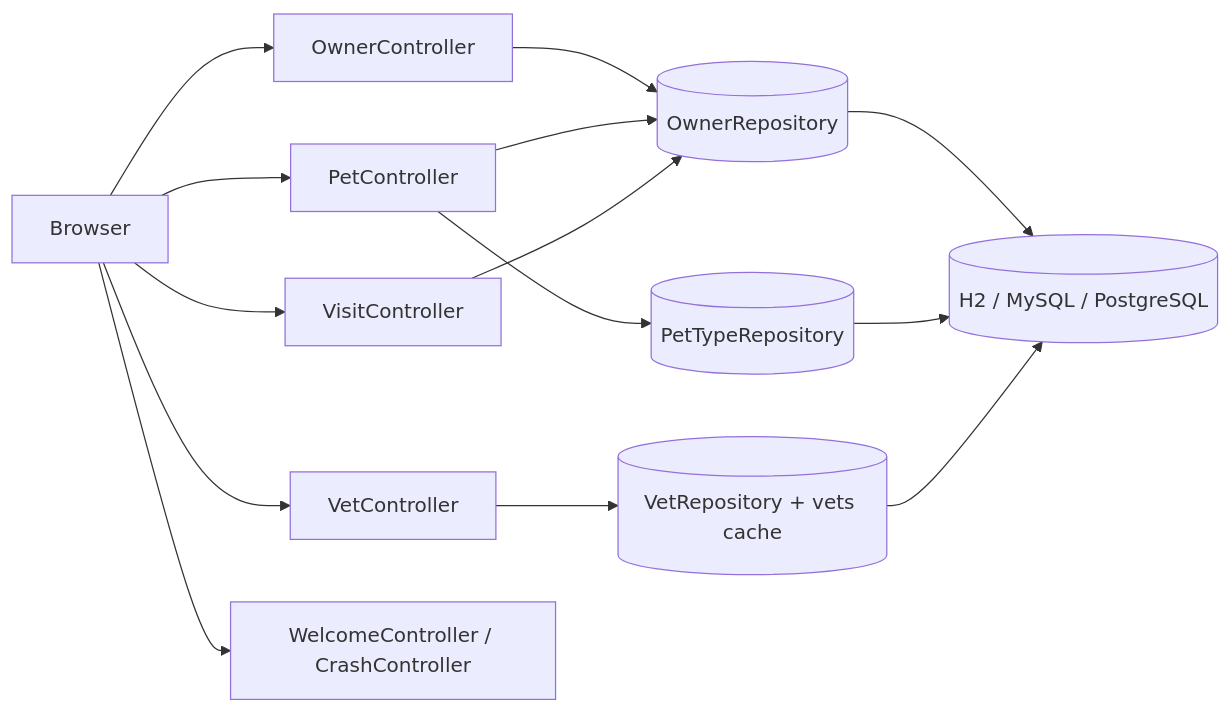
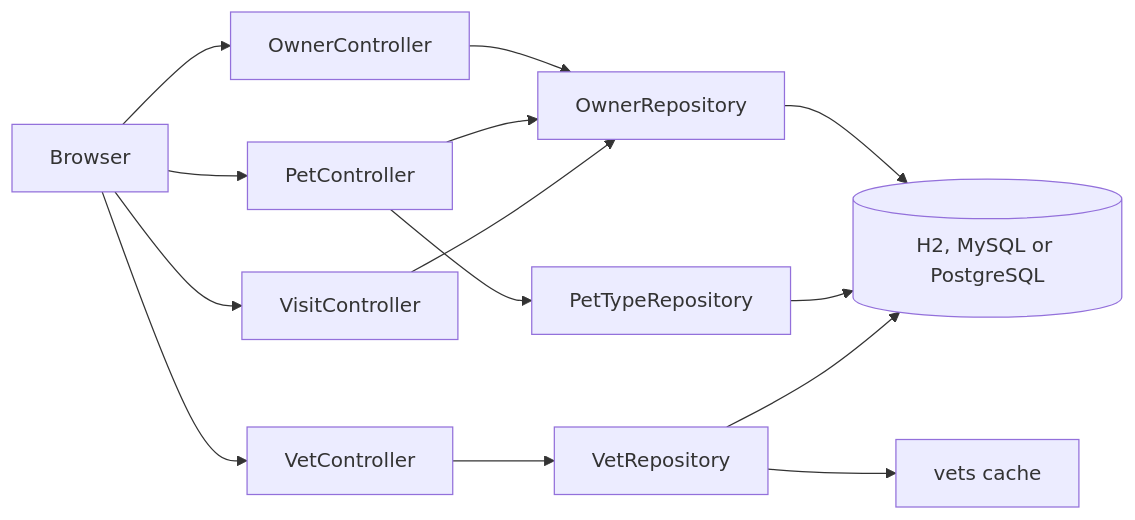
The first of 4 diagrams in examples/current/spring-petclinic/application-documentation.md (HeWhoRoams/AppDoc), drawn with Mermaid before and after one commit. The commit also changed other lines of this file and 64 other files, not shown here.

````diff
--- a/examples/current/spring-petclinic/application-documentation.md
+++ b/examples/current/spring-petclinic/application-documentation.md
@@ -65,16 +73,16 @@
 ```mermaid
 flowchart LR
-  Browser --> OC[OwnerController]
-  Browser --> PC[PetController]
-  Browser --> VC[VisitController]
-  Browser --> VeC[VetController]
-  Browser --> WC[WelcomeController / CrashController]
-  OC --> OR[(OwnerRepository)]
-  PC --> OR
-  PC --> TR[(PetTypeRepository)]
-  VC --> OR
-  VeC --> VR[(VetRepository + vets cache)]
-  OR --> DB[(H2 / MySQL / PostgreSQL)]
-  TR --> DB
-  VR --> DB
+  Browser --> OwnerController
+  Browser --> PetController
+  Browser --> VisitController
+  Browser --> VetController
+  OwnerController --> OwnerRepository
+  PetController --> OwnerRepository
+  PetController --> PetTypeRepository
+  VisitController --> OwnerRepository
+  VetController --> VetRepository
+  VetRepository --> Cache[vets cache]
+  OwnerRepository --> DB[(H2, MySQL or PostgreSQL)]
+  PetTypeRepository --> DB
+  VetRepository --> DB
 ```
````
